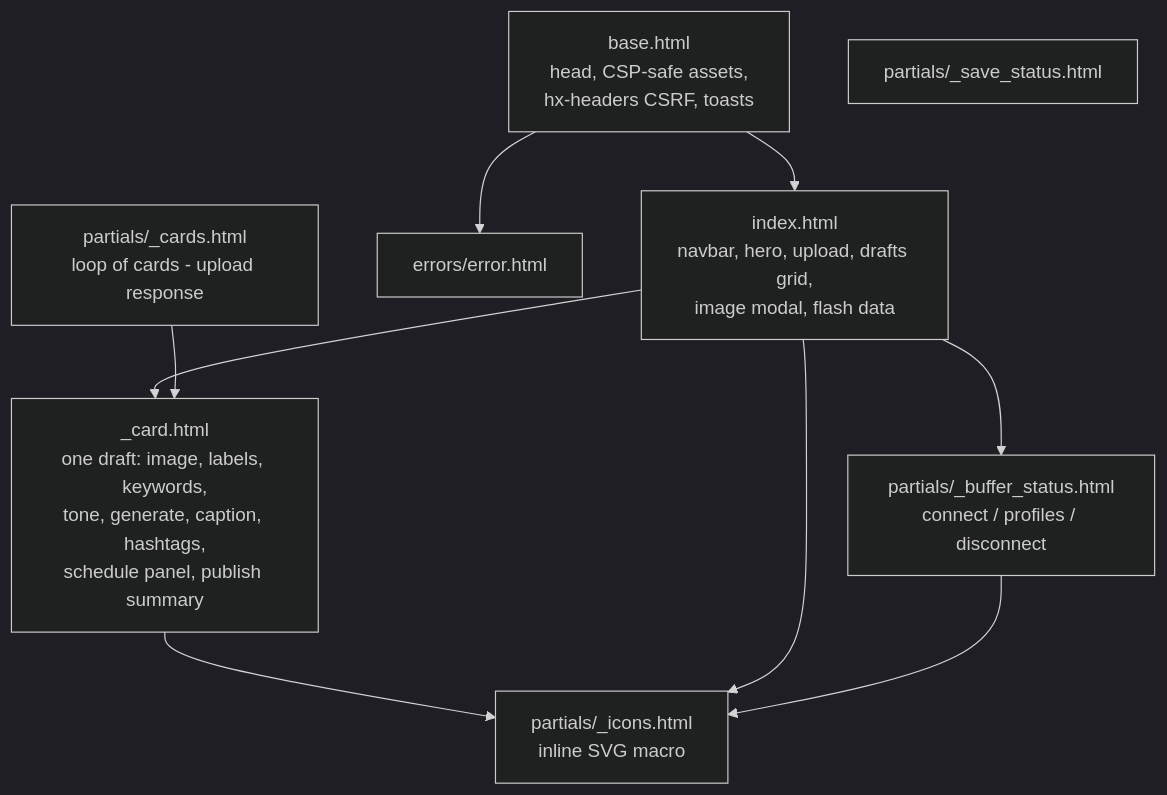
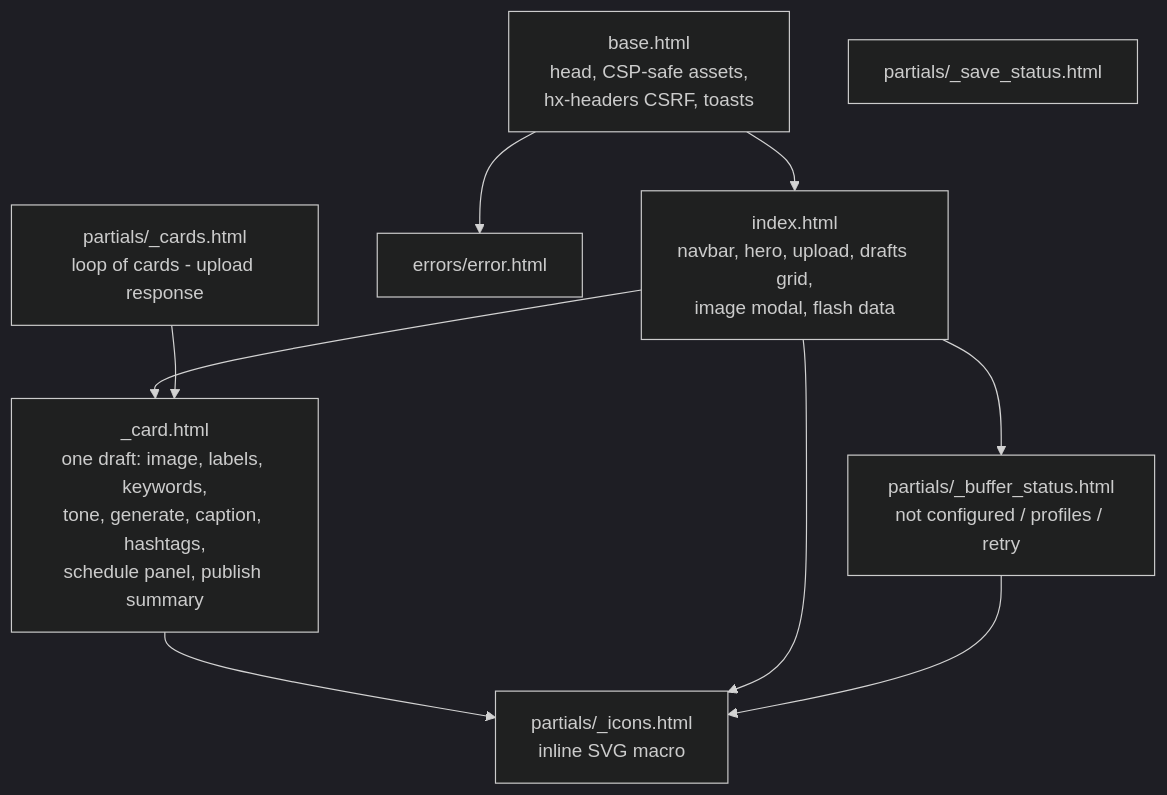
The fifth of 10 diagrams in docs/ARCHITECTURE.md (Aminul1993/Social-Booster), drawn with Mermaid (dark theme) before and after one commit. The commit also changed other lines of this file and 48 other files, not shown here.

````diff
--- a/docs/ARCHITECTURE.md
+++ b/docs/ARCHITECTURE.md
@@ -150,20 +151,20 @@
 ```mermaid
 flowchart TB
     base[base.html<br/>head, CSP-safe assets,<br/>hx-headers CSRF, toasts]
     index[index.html<br/>navbar, hero, upload, drafts grid,<br/>image modal, flash data]
     error[errors/error.html]
     card[_card.html<br/>one draft: image, labels, keywords,<br/>tone, generate, caption, hashtags,<br/>schedule panel, publish summary]
     cards[partials/_cards.html<br/>loop of cards - upload response]
-    status[partials/_buffer_status.html<br/>connect / profiles / disconnect]
+    status[partials/_buffer_status.html<br/>not configured / profiles / retry]
     save[partials/_save_status.html]
     icons[partials/_icons.html<br/>inline SVG macro]
 
     base --> index
     base --> error
     index --> status
     index --> card
     cards --> card
     card --> icons
     index --> icons
     status --> icons
 ```
````
